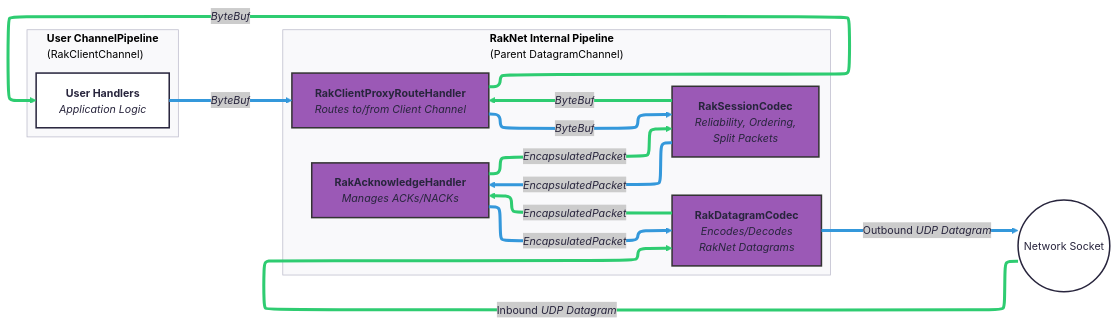
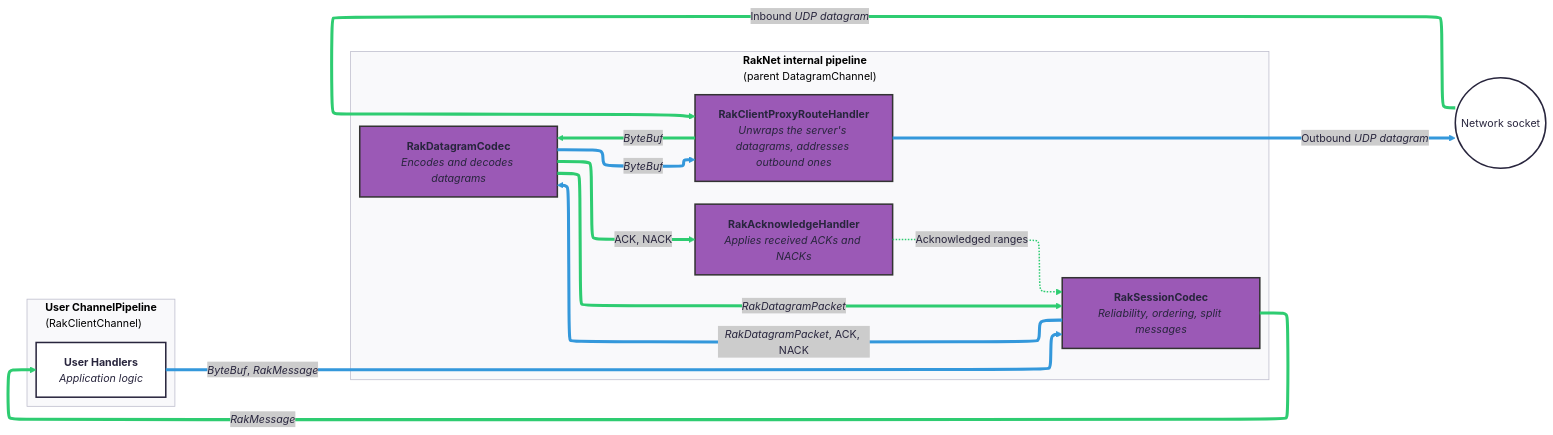
One commit to EduGeyser/NetworkM changed the diagram in .github/readme/raknet_client_light.mmd. Above: the diagram before and after it, drawn with Mermaid. The commit also changed 7 other files, not shown here.

First line of the commit message:
Redraw the RakNet packet flow diagrams from the current pipelines

```diff
--- a/.github/readme/raknet_client_light.mmd
+++ b/.github/readme/raknet_client_light.mmd
@@ -1,40 +1,43 @@
 ---
 config:
   layout: elk
   theme: redux
 ---
 flowchart LR
- subgraph InternalPipeline["<b>RakNet Internal Pipeline</b><br>(Parent DatagramChannel)"]
-    direction TB
-        ProxyRoute["<b>RakClientProxyRouteHandler</b><br><i>Routes to/from Client Channel</i>"]
-        DatagramCodec["<b>RakDatagramCodec</b><br><i>Encodes/Decodes<br>RakNet Datagrams</i>"]
-        AckHandler["<b>RakAcknowledgeHandler</b><br><i>Manages ACKs/NACKs</i>"]
-        SessionCodec["<b>RakSessionCodec</b><br><i>Reliability, Ordering,<br>Split Packets</i>"]
-  end
+    Network(("Network socket"))
+
+ subgraph InternalPipeline["<b>RakNet internal pipeline</b><br>(parent DatagramChannel)"]
+    ProxyRoute["<b>RakClientProxyRouteHandler</b><br><i>Unwraps the server's datagrams, addresses outbound ones</i>"]
+    DatagramCodec["<b>RakDatagramCodec</b><br><i>Encodes and decodes datagrams</i>"]
+    AckHandler["<b>RakAcknowledgeHandler</b><br><i>Applies received ACKs and NACKs</i>"]
+    SessionCodec["<b>RakSessionCodec</b><br><i>Reliability, ordering, split messages</i>"]
+ end
  subgraph UserPipeline["<b>User ChannelPipeline</b><br>(RakClientChannel)"]
-        UserLogic["<b>User Handlers</b><br><i>Application Logic</i>"]
-  end
-    Network(("Network Socket")) == Inbound <i>UDP Datagram</i> ==> DatagramCodec
-    DatagramCodec == <i>EncapsulatedPacket</i> ==> AckHandler
-    AckHandler == <i>EncapsulatedPacket</i> ==> SessionCodec & DatagramCodec
-    SessionCodec == <i>ByteBuf</i> ==> ProxyRoute
-    ProxyRoute == <i>ByteBuf</i> ==> UserLogic & SessionCodec
-    UserLogic == <i>ByteBuf</i> ==> ProxyRoute
-    SessionCodec == <i>EncapsulatedPacket</i> ==> AckHandler
-    DatagramCodec == Outbound <i>UDP Datagram</i> ==> Network
+    UserLogic["<b>User Handlers</b><br><i>Application logic</i>"]
+ end
 
-     ProxyRoute:::shared
-     DatagramCodec:::shared
-     AckHandler:::shared
-     SessionCodec:::shared
+    %% Inbound
+    Network == Inbound <i>UDP datagram</i> ==> ProxyRoute
+    ProxyRoute == <i>ByteBuf</i> ==> DatagramCodec
+    DatagramCodec == ACK, NACK ==> AckHandler
+    DatagramCodec == <i>RakDatagramPacket</i> ==> SessionCodec
+    SessionCodec == <i>RakMessage</i> ==> UserLogic
+    AckHandler -. Acknowledged ranges .-> SessionCodec
+
+    %% Outbound
+    UserLogic == <i>ByteBuf</i>, <i>RakMessage</i> ==> SessionCodec
+    SessionCodec == <i>RakDatagramPacket</i>, ACK, NACK ==> DatagramCodec
+    DatagramCodec == <i>ByteBuf</i> ==> ProxyRoute
+    ProxyRoute == Outbound <i>UDP datagram</i> ==> Network
+
+    %% Styling
+    ProxyRoute:::shared
+    DatagramCodec:::shared
+    AckHandler:::shared
+    SessionCodec:::shared
+
     classDef shared fill:#9b59b6,stroke:#333,stroke-width:2px
-    linkStyle 0 stroke:#2ecc71,stroke-width:4px,color:#2ecc71,fill:none
-    linkStyle 1 stroke:#2ecc71,stroke-width:4px,color:#2ecc71,fill:none
-    linkStyle 2 stroke:#2ecc71,stroke-width:4px,color:#2ecc71,fill:none
-    linkStyle 3 stroke:#3498db,stroke-width:4px,color:#3498db,fill:none
-    linkStyle 4 stroke:#2ecc71,stroke-width:4px,color:#2ecc71,fill:none
-    linkStyle 5 stroke:#2ecc71,stroke-width:4px,color:#2ecc71,fill:none
-    linkStyle 6 stroke:#3498db,stroke-width:4px,color:#3498db,fill:none
-    linkStyle 7 stroke:#3498db,stroke-width:4px,color:#3498db,fill:none
-    linkStyle 8 stroke:#3498db,stroke-width:4px,color:#3498db,fill:none
-    linkStyle 9 stroke:#3498db,stroke-width:4px,color:#3498db,fill:none
+
+    linkStyle 0,1,2,3,4 stroke:#2ecc71,stroke-width:4px,color:#2ecc71
+    linkStyle 5 stroke:#2ecc71,stroke-width:2px,color:#2ecc71
+    linkStyle 6,7,8,9 stroke:#3498db,stroke-width:4px,color:#3498db
```
